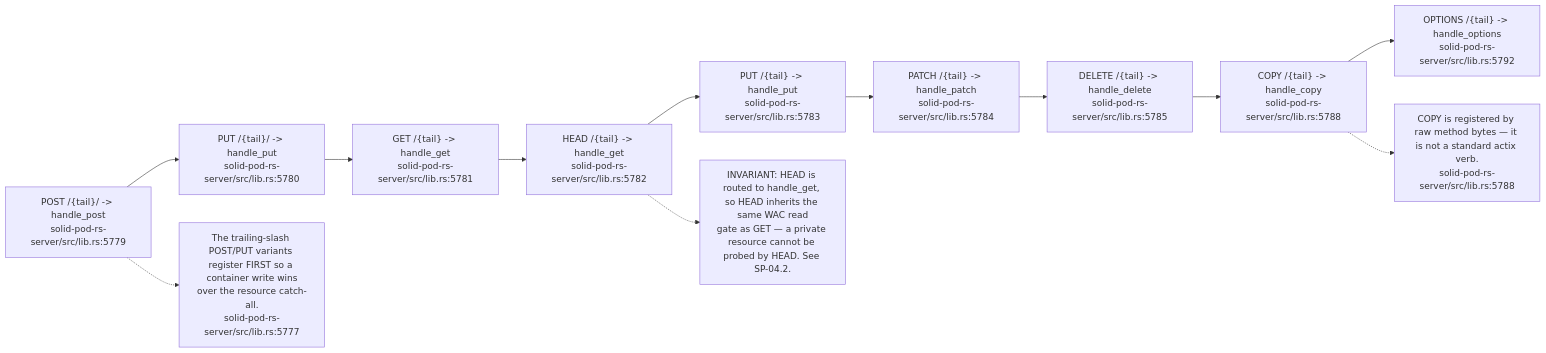
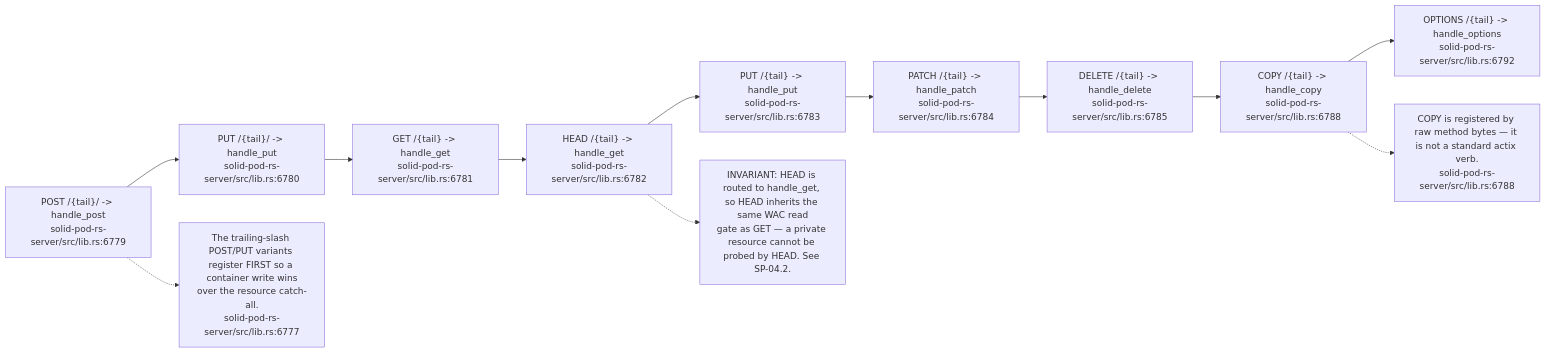
The tenth of 12 diagrams in docs/diagrams/solid-pod-rs/02-server-boot-and-routes.md (DreamLab-AI/VisionFlow), drawn with Mermaid before and after one commit. The commit also changed other lines of this file and 1 other file, not shown here.

First line of the commit message:
docs(diagrams): SP-02, SP-06 re-verified at solid-pod-rs a28a748

````diff
--- a/docs/diagrams/solid-pod-rs/02-server-boot-and-routes.md
+++ b/docs/diagrams/solid-pod-rs/02-server-boot-and-routes.md
@@ -298,21 +341,21 @@
 ```mermaid
 flowchart LR
-    P1["POST /{tail}/ -> handle_post<br/>solid-pod-rs-server/src/lib.rs:5779"]
-    P2["PUT /{tail}/ -> handle_put<br/>solid-pod-rs-server/src/lib.rs:5780"]
-    G["GET /{tail} -> handle_get<br/>solid-pod-rs-server/src/lib.rs:5781"]
-    H["HEAD /{tail} -> handle_get<br/>solid-pod-rs-server/src/lib.rs:5782"]
-    PU["PUT /{tail} -> handle_put<br/>solid-pod-rs-server/src/lib.rs:5783"]
-    PA["PATCH /{tail} -> handle_patch<br/>solid-pod-rs-server/src/lib.rs:5784"]
-    DE["DELETE /{tail} -> handle_delete<br/>solid-pod-rs-server/src/lib.rs:5785"]
-    CO["COPY /{tail} -> handle_copy<br/>solid-pod-rs-server/src/lib.rs:5788"]
-    OP["OPTIONS /{tail} -> handle_options<br/>solid-pod-rs-server/src/lib.rs:5792"]
+    P1["POST /{tail}/ -> handle_post<br/>solid-pod-rs-server/src/lib.rs:6779"]
+    P2["PUT /{tail}/ -> handle_put<br/>solid-pod-rs-server/src/lib.rs:6780"]
+    G["GET /{tail} -> handle_get<br/>solid-pod-rs-server/src/lib.rs:6781"]
+    H["HEAD /{tail} -> handle_get<br/>solid-pod-rs-server/src/lib.rs:6782"]
+    PU["PUT /{tail} -> handle_put<br/>solid-pod-rs-server/src/lib.rs:6783"]
+    PA["PATCH /{tail} -> handle_patch<br/>solid-pod-rs-server/src/lib.rs:6784"]
+    DE["DELETE /{tail} -> handle_delete<br/>solid-pod-rs-server/src/lib.rs:6785"]
+    CO["COPY /{tail} -> handle_copy<br/>solid-pod-rs-server/src/lib.rs:6788"]
+    OP["OPTIONS /{tail} -> handle_options<br/>solid-pod-rs-server/src/lib.rs:6792"]
 
     P1 --> P2 --> G --> H --> PU --> PA --> DE --> CO --> OP
 
-    N1["The trailing-slash POST/PUT variants register FIRST so a container write wins\nover the resource catch-all.<br/>solid-pod-rs-server/src/lib.rs:5777"]
+    N1["The trailing-slash POST/PUT variants register FIRST so a container write wins\nover the resource catch-all.<br/>solid-pod-rs-server/src/lib.rs:6777"]
     P1 -.-> N1
     N2["INVARIANT: HEAD is routed to handle_get, so HEAD inherits the same WAC read\ngate as GET — a private resource cannot be probed by HEAD. See SP-04.2."]
     H -.-> N2
-    N3["COPY is registered by raw method bytes — it is not a standard actix verb.<br/>solid-pod-rs-server/src/lib.rs:5788"]
+    N3["COPY is registered by raw method bytes — it is not a standard actix verb.<br/>solid-pod-rs-server/src/lib.rs:6788"]
     CO -.-> N3
 ```
````
